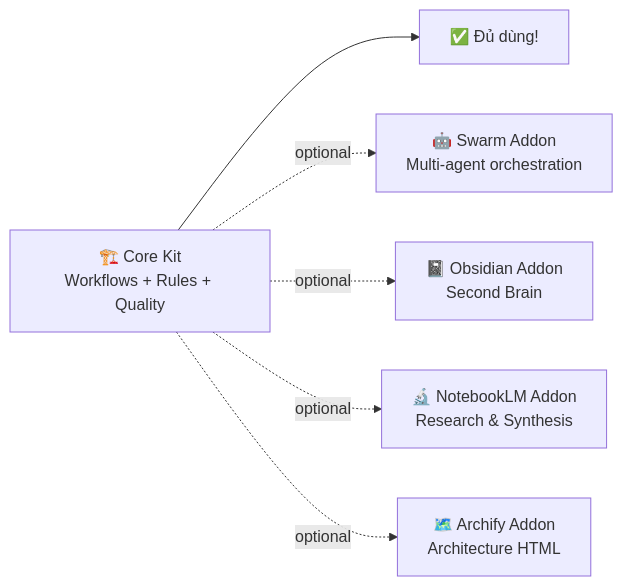
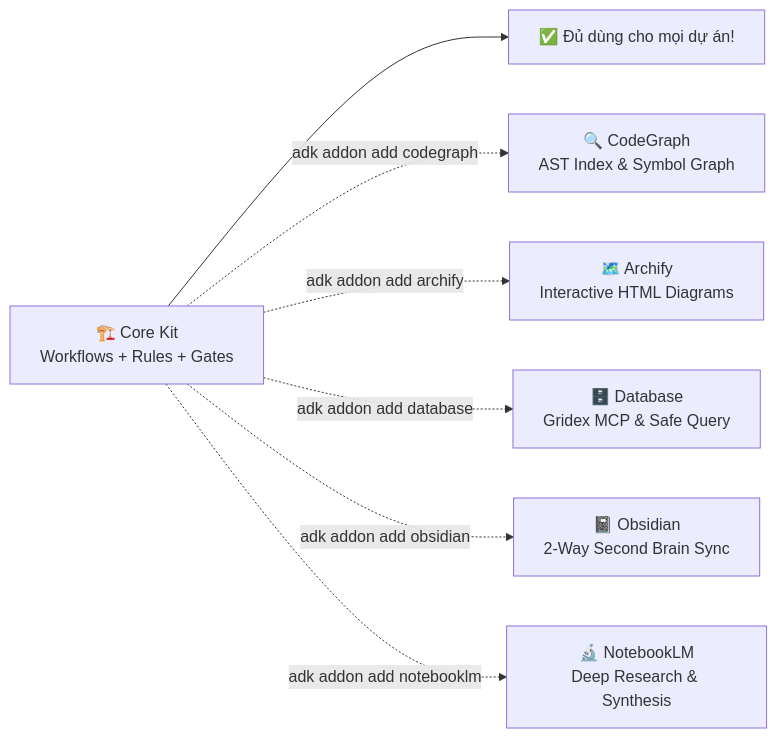
Before and after one commit to Sonleeee/Agent-Dev-Kit: the fourth of 4 diagrams in HowItWorks.md, drawn with Mermaid. The commit also changed other lines of this file and 8 other files, not shown here.

````diff
--- a/HowItWorks.md
+++ b/HowItWorks.md
@@ -267,9 +143,10 @@
 ```mermaid
 graph LR
-    CORE["🏗️ Core Kit<br/>Workflows + Rules + Quality"] --> OK["✅ Đủ dùng!"]
+    CORE["🏗️ Core Kit<br/>Workflows + Rules + Gates"] --> OK["✅ Đủ dùng cho mọi dự án!"]
   
-    CORE -.->|optional| SW["🤖 Swarm Addon<br/>Multi-agent orchestration"]
-    CORE -.->|optional| OB["📓 Obsidian Addon<br/>Second Brain"]
-    CORE -.->|optional| NL["🔬 NotebookLM Addon<br/>Research & Synthesis"]
-    CORE -.->|optional| GR["🗺️ Archify Addon<br/>Architecture HTML"]
+    CORE -.->|adk addon add codegraph| CG["🔍 CodeGraph<br/>AST Index & Symbol Graph"]
+    CORE -.->|adk addon add archify| ARC["🗺️ Archify<br/>Interactive HTML Diagrams"]
+    CORE -.->|adk addon add database| DB["🗄️ Database<br/>Gridex MCP & Safe Query"]
+    CORE -.->|adk addon add obsidian| OBS["📓 Obsidian<br/>2-Way Second Brain Sync"]
+    CORE -.->|adk addon add notebooklm| NLM["🔬 NotebookLM<br/>Deep Research & Synthesis"]
 ```
````
